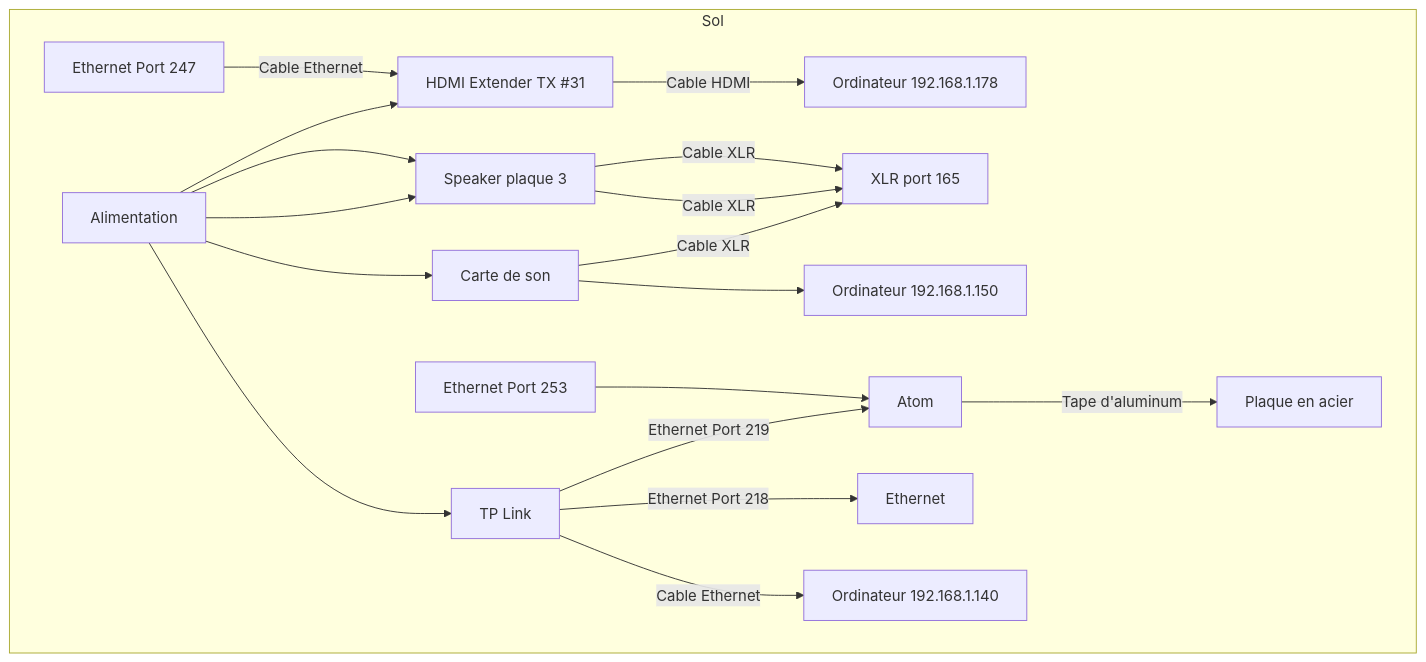
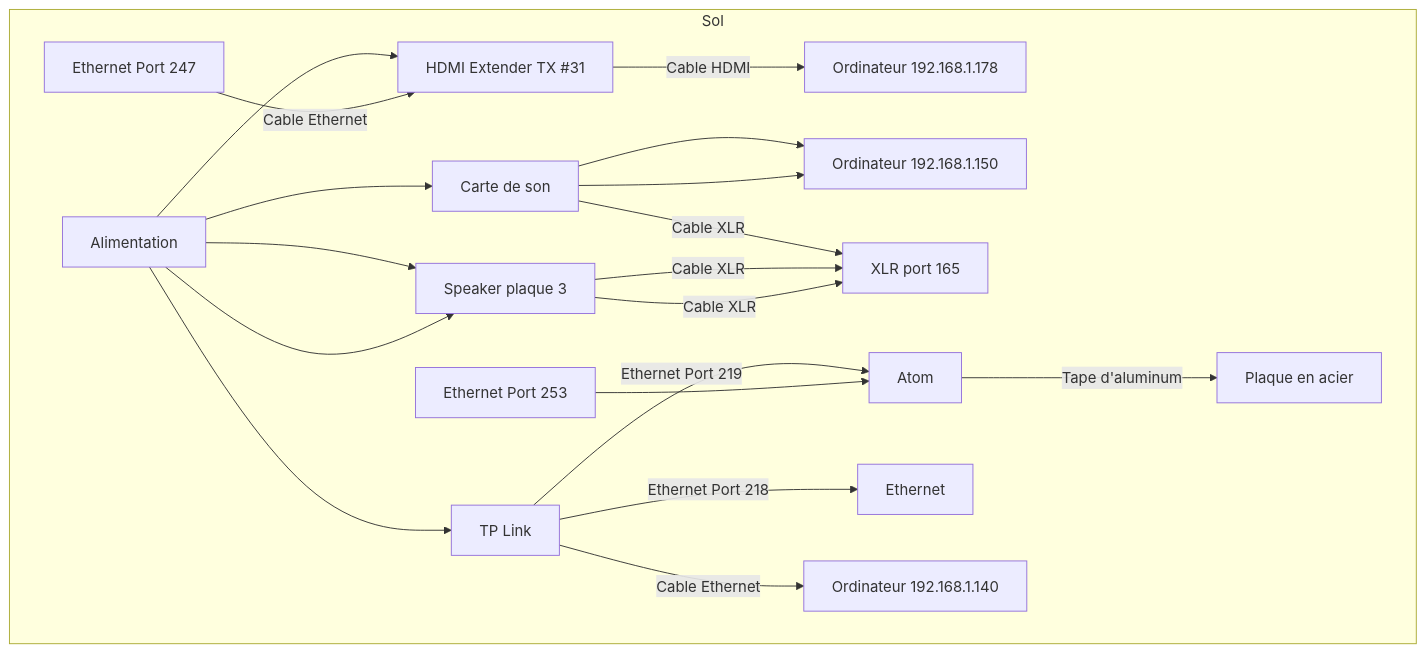
Before and after one commit to Miaou-Mafia/projet-luminatura: the fourth of 4 diagrams in 40_maquette/README.md, drawn with Mermaid.

````diff
--- a/40_maquette/README.md
+++ b/40_maquette/README.md
@@ -197,21 +197,22 @@
 ```mermaid
 flowchart TD
     subgraph Sol
         N[Alimentation] --> O
         O[HDMI Extender TX #31] -->| Cable HDMI | P[Ordinateur 192.168.1.178]
+        T[Speaker plaque 1] --> U[XLR port 168]
         Q[Ethernet Port 247] -->| Cable Ethernet | O
         T[Speaker plaque 1]-->| Cable XLR | S[XLR port 168]
         N --> R[Speaker plaque 2]
         R -->| Cable XLR | S[XLR port 166]
         N --> R[Speaker plaque 3]
         R -->| Cable XLR | S[XLR port 165]
         N --> T
         T[Carte de son] --> U[Ordinateur 192.168.1.150]
         N --> V
         V[TP Link] --> | Ethernet Port 219 | Atom
         Atom --> | Tape d'aluminum | X[Plaque en acier]
         Y[ Ethernet Port 253] --> Atom
         V --> | Ethernet Port 218 | Ethernet
         V --> | Cable Ethernet | W[Ordinateur 192.168.1.140]
     end
 ```
````
